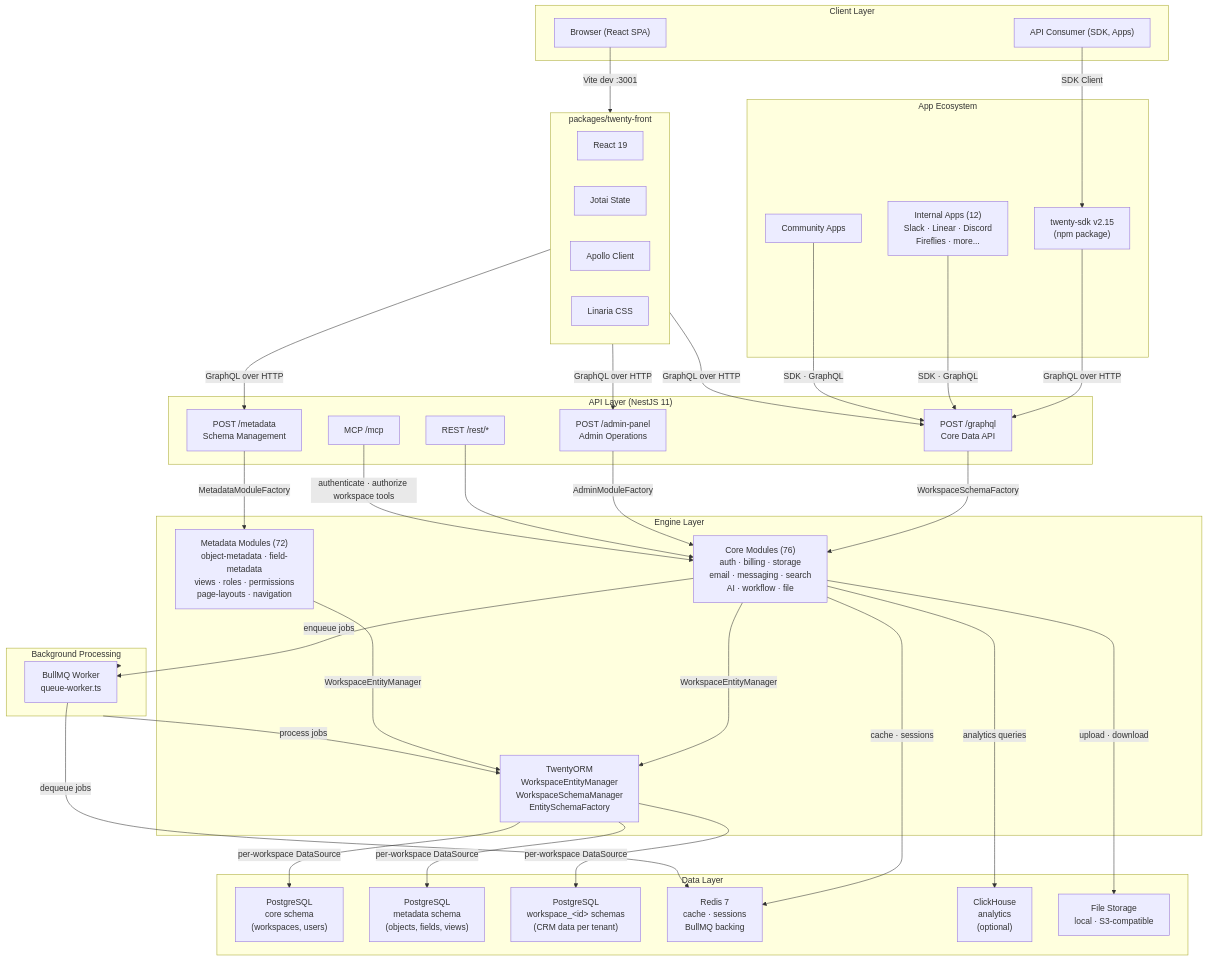
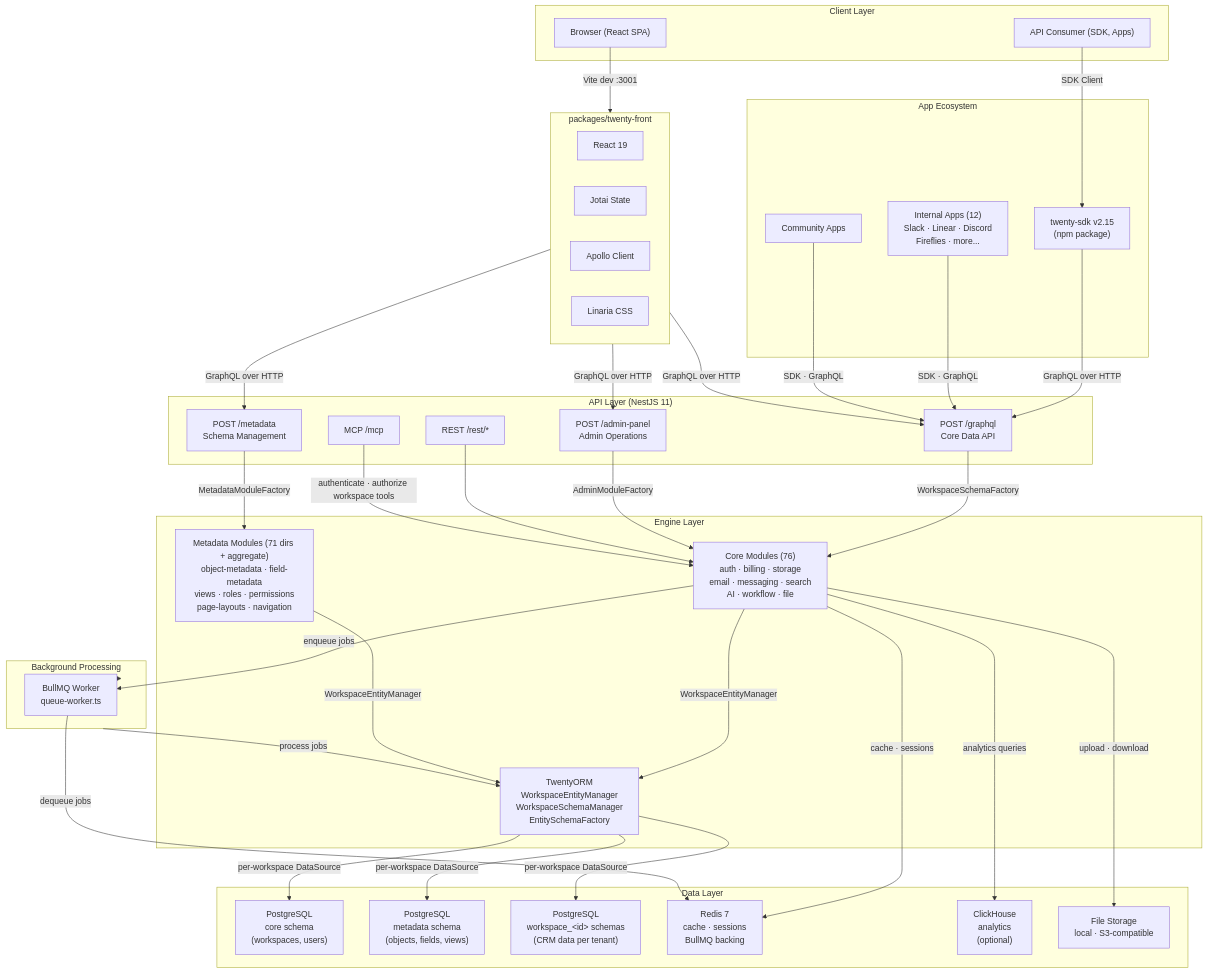
One commit to nicolasenriquez/licitAI changed the diagram in docs/architecture/reference-architecture.md. Above: the diagram before and after it, drawn with Mermaid. The commit also changed other lines of this file and 93 other files, not shown here.

````diff
--- a/docs/architecture/reference-architecture.md
+++ b/docs/architecture/reference-architecture.md
@@ -20,78 +20,78 @@
 ```mermaid
 flowchart TB
     subgraph Client["Client Layer"]
         Browser["Browser (React SPA)"]
         API_Consumer["API Consumer (SDK, Apps)"]
     end
 
     subgraph Frontend["packages/twenty-front"]
         React["React 19"]
         Jotai["Jotai State"]
         Apollo["Apollo Client"]
         Linaria["Linaria CSS"]
     end
 
     subgraph API_Layer["API Layer (NestJS 11)"]
         GraphQL_Core["POST /graphql\nCore Data API"]
         GraphQL_Meta["POST /metadata\nSchema Management"]
         GraphQL_Admin["POST /admin-panel\nAdmin Operations"]
         REST["REST /rest/*"]
         MCP["MCP /mcp"]
     end
 
     subgraph Engine["Engine Layer"]
         CoreModules["Core Modules (76)\nauth · billing · storage\nemail · messaging · search\nAI · workflow · file"]
-        MetaModules["Metadata Modules (72)\nobject-metadata · field-metadata\nviews · roles · permissions\npage-layouts · navigation"]
+        MetaModules["Metadata Modules (71 dirs + aggregate)\nobject-metadata · field-metadata\nviews · roles · permissions\npage-layouts · navigation"]
         TwentyORM["TwentyORM\nWorkspaceEntityManager\nWorkspaceSchemaManager\nEntitySchemaFactory"]
     end
 
     subgraph Data["Data Layer"]
         PG_Core["PostgreSQL\ncore schema\n(workspaces, users)"]
         PG_Meta["PostgreSQL\nmetadata schema\n(objects, fields, views)"]
         PG_WS["PostgreSQL\nworkspace_&lt;id&gt; schemas\n(CRM data per tenant)"]
         Redis["Redis 7\ncache · sessions\nBullMQ backing"]
         ClickHouse["ClickHouse\nanalytics\n(optional)"]
         Storage["File Storage\nlocal · S3-compatible"]
     end
 
     subgraph Worker["Background Processing"]
         BullMQ["BullMQ Worker\nqueue-worker.ts"]
     end
 
     subgraph Apps["App Ecosystem"]
         SDK["twenty-sdk v2.15\n(npm package)"]
         InternalApps["Internal Apps (12)\nSlack · Linear · Discord\nFireflies · more..."]
         CommunityApps["Community Apps"]
     end
 
     Browser -->|"Vite dev :3001"| Frontend
     Frontend -->|"GraphQL over HTTP"| GraphQL_Core
     Frontend -->|"GraphQL over HTTP"| GraphQL_Meta
     Frontend -->|"GraphQL over HTTP"| GraphQL_Admin
     API_Consumer -->|"SDK Client"| SDK
     SDK -->|"GraphQL over HTTP"| GraphQL_Core
 
     GraphQL_Core -->|"WorkspaceSchemaFactory"| CoreModules
     GraphQL_Meta -->|"MetadataModuleFactory"| MetaModules
     GraphQL_Admin -->|"AdminModuleFactory"| CoreModules
     REST --> CoreModules
 
     CoreModules -->|"WorkspaceEntityManager"| TwentyORM
     MetaModules -->|"WorkspaceEntityManager"| TwentyORM
     TwentyORM -->|"per-workspace DataSource"| PG_Core
     TwentyORM -->|"per-workspace DataSource"| PG_Meta
     TwentyORM -->|"per-workspace DataSource"| PG_WS
 
     CoreModules -->|"cache · sessions"| Redis
     CoreModules -->|"enqueue jobs"| BullMQ
     BullMQ -->|"dequeue jobs"| Redis
     BullMQ --> Worker
     Worker -->|"process jobs"| TwentyORM
     CoreModules -->|"upload · download"| Storage
     CoreModules -->|"analytics queries"| ClickHouse
 
     InternalApps -->|"SDK · GraphQL"| GraphQL_Core
     CommunityApps -->|"SDK · GraphQL"| GraphQL_Core
 
     MCP -->|"authenticate · authorize workspace tools"| CoreModules
 ```
````
